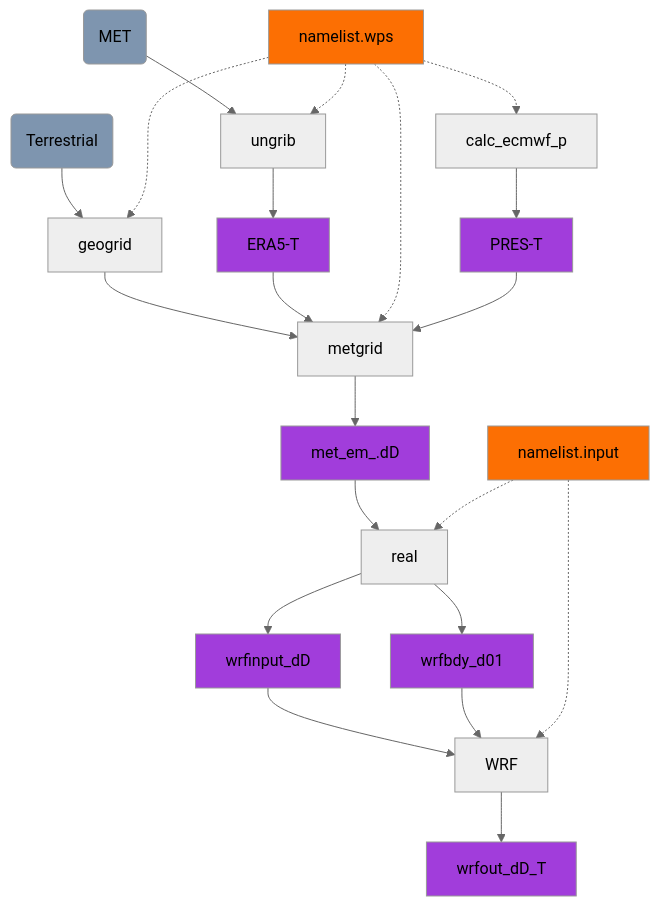
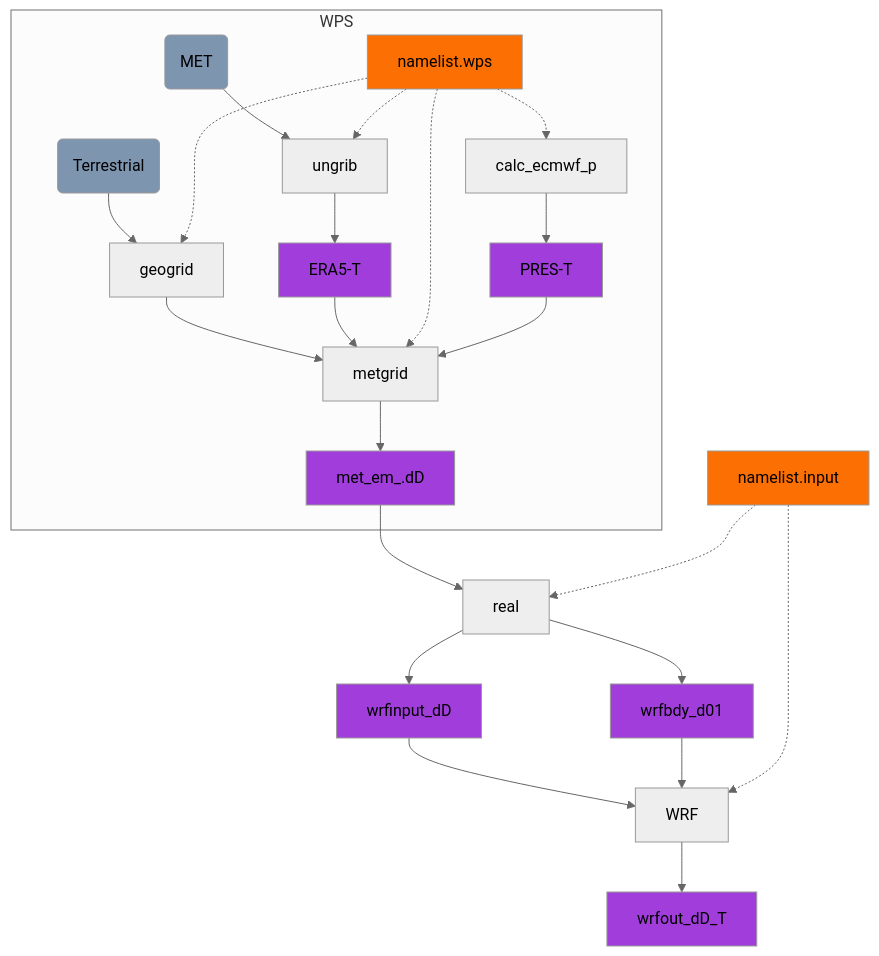
The first of 2 diagrams in docs/index.md (e5k/WRF_volcano), drawn with Mermaid (neutral theme) before and after one commit. The commit also changed other lines of this file and 8 other files, not shown here.

````diff
--- a/docs/index.md
+++ b/docs/index.md
@@ -26,21 +40,25 @@
 ```mermaid
 flowchart TD
 classDef classA fill:#7e95af; 
 classDef classB fill:#fc6f03;
 classDef classC fill:#a13ddb;
  
-    T(Terrestrial):::classA  --> geogrid--> metgrid 
+    T(Terrestrial):::classA  
+    subgraph WPS
+    T --> geogrid--> metgrid 
     M(MET):::classA  --> ungrib --> ERA5-T:::classC --> metgrid 
     namelist.wps:::classB -.-> geogrid
     namelist.wps:::classB -.-> metgrid
     namelist.wps:::classB -.-> ungrib
     namelist.wps:::classB -.-> calc_ecmwf_p
     calc_ecmwf_p --> PRES-T:::classC --> metgrid
-    metgrid --> met_em_.dD:::classC --> real 
+    metgrid --> met_em_.dD:::classC 
+    end
+    met_em_.dD:::classC --> real 
     real --> wrfinput_dD:::classC --> WRF
     real --> wrfbdy_d01:::classC --> WRF
     namelist.input:::classB -.-> real
     namelist.input:::classB -.-> WRF --> wrfout_dD_T:::classC
 
      
 ``` 
````
